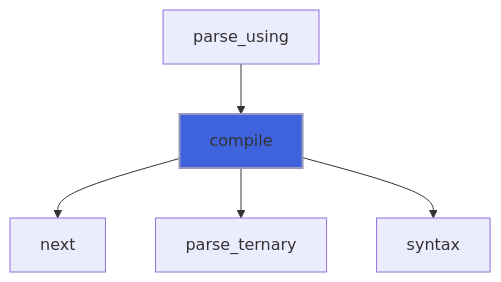
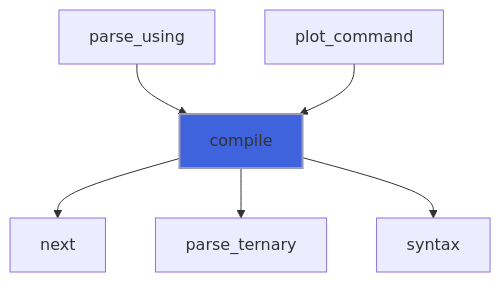
One commit to szaghi/foresight changed the second of 19 diagrams in docs/api/src/lib/foresight_expression.md. Above: the diagram before and after it, drawn with Mermaid. The commit also changed other lines of this file and 97 other files, not shown here.

````diff
--- a/docs/api/src/lib/foresight_expression.md
+++ b/docs/api/src/lib/foresight_expression.md
@@ -162,8 +194,9 @@
 ```mermaid
 flowchart TD
   parse_using["parse_using"] --> compile["compile"]
+  plot_command["plot_command"] --> compile["compile"]
   compile["compile"] --> next["next"]
   compile["compile"] --> parse_ternary["parse_ternary"]
   compile["compile"] --> syntax["syntax"]
   style compile fill:#3e63dd,stroke:#99b,stroke-width:2px
 ```
````
